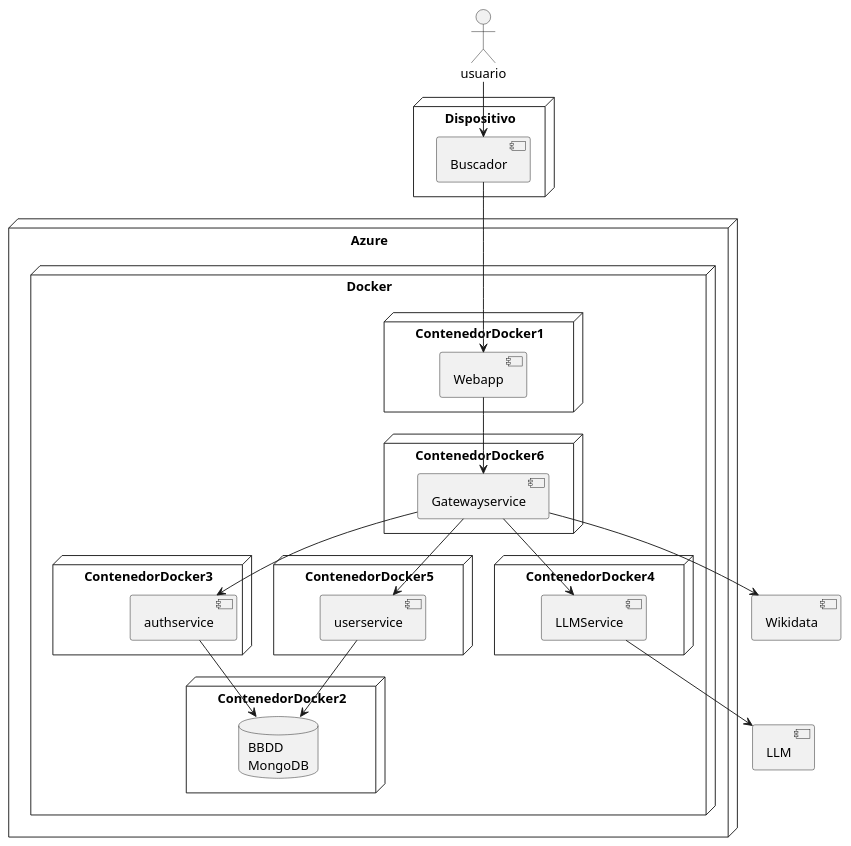
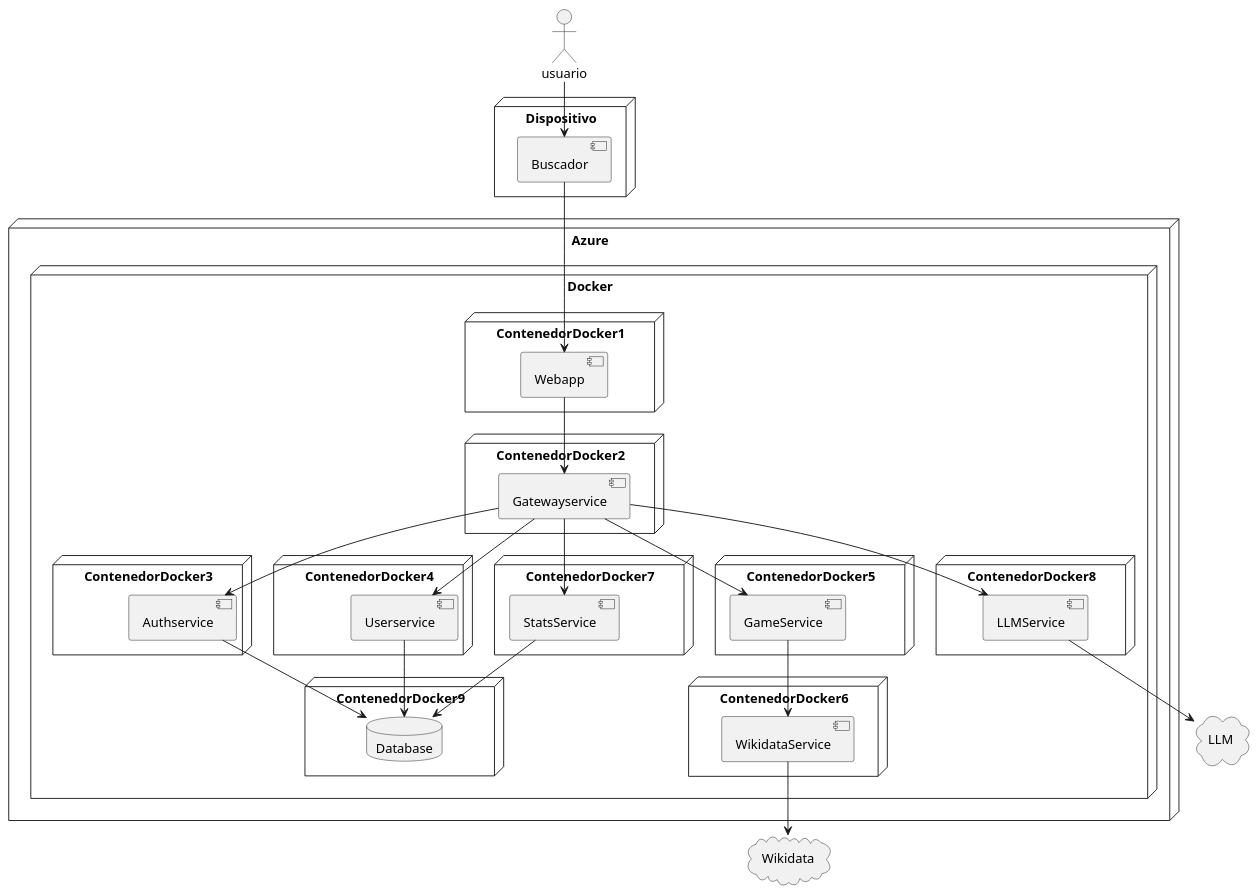
The diagram in docs/src/07_deployment_view.adoc (Arquisoft/wichat_es5b), drawn with PlantUML before and after one commit. The commit also changed other lines of this file and 5 other files, not shown here.

```diff
--- a/docs/src/07_deployment_view.adoc
+++ b/docs/src/07_deployment_view.adoc
@@ -66,55 +66,72 @@
 [plantuml, arquitectura, png]
 ----
 @startuml
 
 
+actor usuario
 
-[Wikidata] as Wikidata
-actor usuario
-[LLM]
+node Dispositivo{
+    [Buscador] as buscador
+}
 
 node Azure{
     node Docker{
         node ContenedorDocker1{
             [Webapp] as webapp
         }
 
         node ContenedorDocker2{
-            database "BBDD\nMongoDB" as BBDD
+            [Gatewayservice] as gateway
         }
 
         node ContenedorDocker3{
-            [authservice] as ause
+            [Authservice] as authservice
         }
 
         node ContenedorDocker4{
-            [LLMService] as LLMService
+            [Userservice] as userservice
         }
 
         node ContenedorDocker5{
-            [userservice] as userService
+            [GameService] as gameservice
         }
 
         node ContenedorDocker6{
-            [Gatewayservice] as gateway
+            [WikidataService] as wikidataservice
         }
+
+        node ContenedorDocker7{
+            [StatsService] as statsservice
+        }
+
+        node ContenedorDocker8{
+            [LLMService] as llmservice
+        }
+
+        node ContenedorDocker9{
+            database "Database" as database
+        }
+        
     }
 }
 
-node Dispositivo{
-    [Buscador] as buscador
-}
+Cloud "Wikidata"
+Cloud "LLM"
 
 usuario --> buscador
 buscador --> webapp
 webapp --> gateway
-gateway --> LLMService
-LLMService --> LLM
-gateway --> ause
-gateway --> userService
-gateway --> Wikidata
-userService --> BBDD
-ause --> BBDD
+gateway --> llmservice
+llmservice --> LLM
+gateway --> authservice
+gateway --> userservice
+gateway --> gameservice
+gameservice --> wikidataservice
+wikidataservice --> "Wikidata"
+userservice --> database
+authservice --> database
+gateway --> statsservice
+statsservice --> database
 
 @enduml
 ----
```
